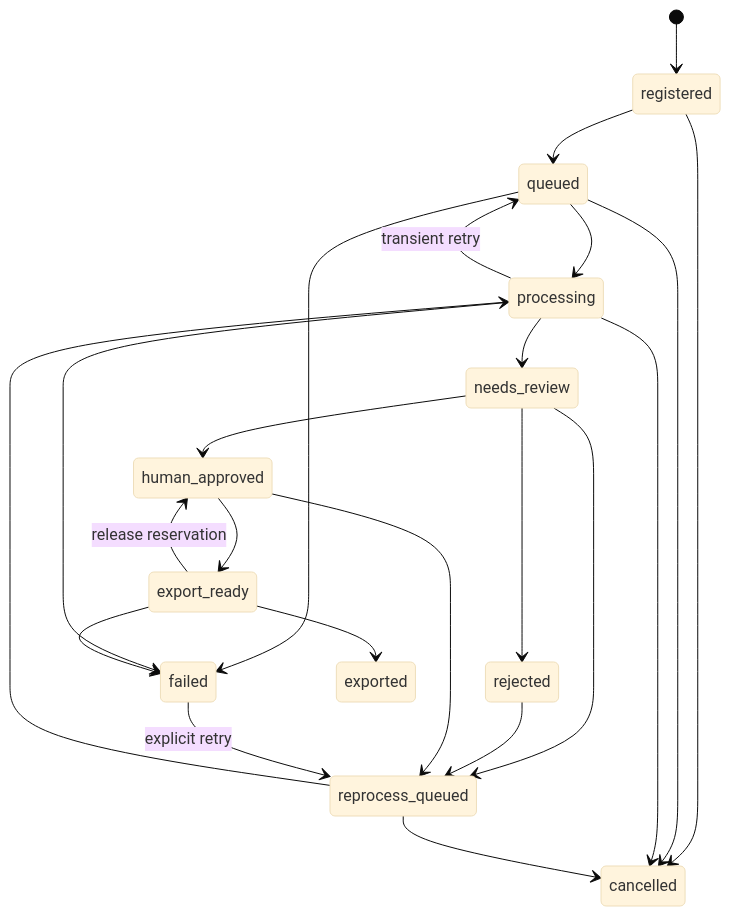
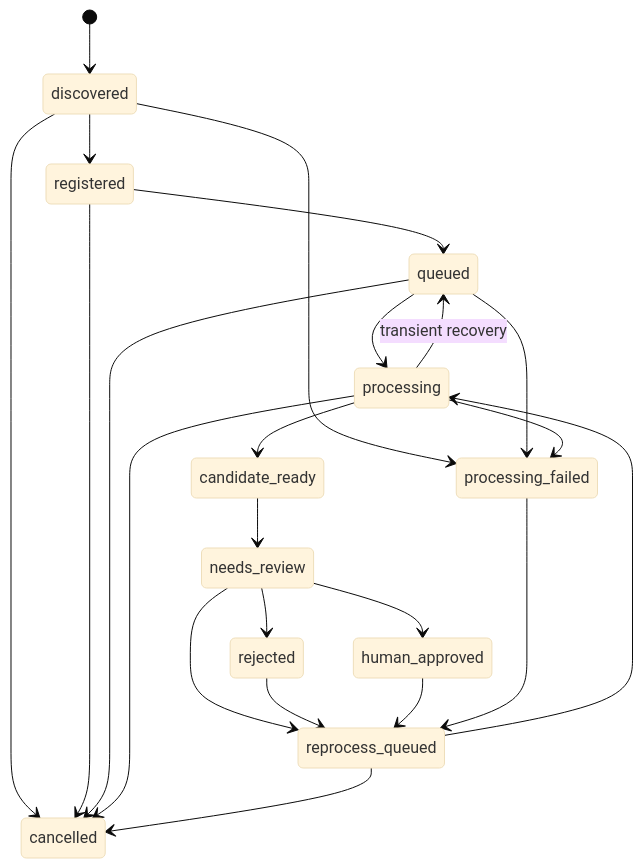
One commit to mohammadhasan-tayef/ghateh-iran-image-processor changed the second of 5 diagrams in docs/diagrams/state-machines.md. Above: the diagram before and after it, drawn with Mermaid (base theme). The commit also changed other lines of this file and 27 other files, not shown here.

First line of the commit message:
docs: correct sprint 0 architecture inconsistencies (#1)

````diff
--- a/docs/diagrams/state-machines.md
+++ b/docs/diagrams/state-machines.md
@@ -31,25 +38,25 @@
 ```mermaid
 stateDiagram-v2
-    [*] --> registered
+    [*] --> discovered
+    discovered --> registered
+    discovered --> processing_failed
+    discovered --> cancelled
     registered --> queued
     registered --> cancelled
     queued --> processing
-    queued --> failed
+    queued --> processing_failed
     queued --> cancelled
-    processing --> needs_review
-    processing --> queued: transient retry
-    processing --> failed
+    processing --> queued: transient recovery
+    processing --> candidate_ready
+    processing --> processing_failed
     processing --> cancelled
+    candidate_ready --> needs_review
     needs_review --> human_approved
     needs_review --> rejected
     needs_review --> reprocess_queued
     rejected --> reprocess_queued
-    human_approved --> export_ready
     human_approved --> reprocess_queued
+    processing_failed --> reprocess_queued
     reprocess_queued --> processing
     reprocess_queued --> cancelled
-    export_ready --> exported
-    export_ready --> human_approved: release reservation
-    export_ready --> failed
-    failed --> reprocess_queued: explicit retry
 ```
````
